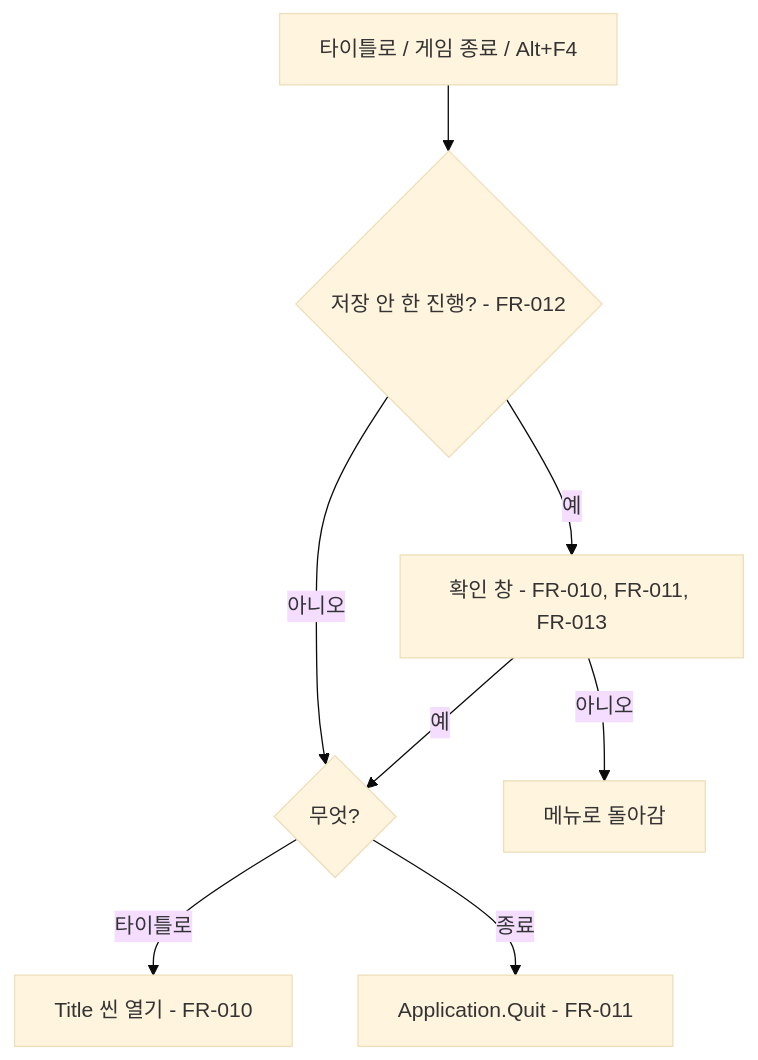
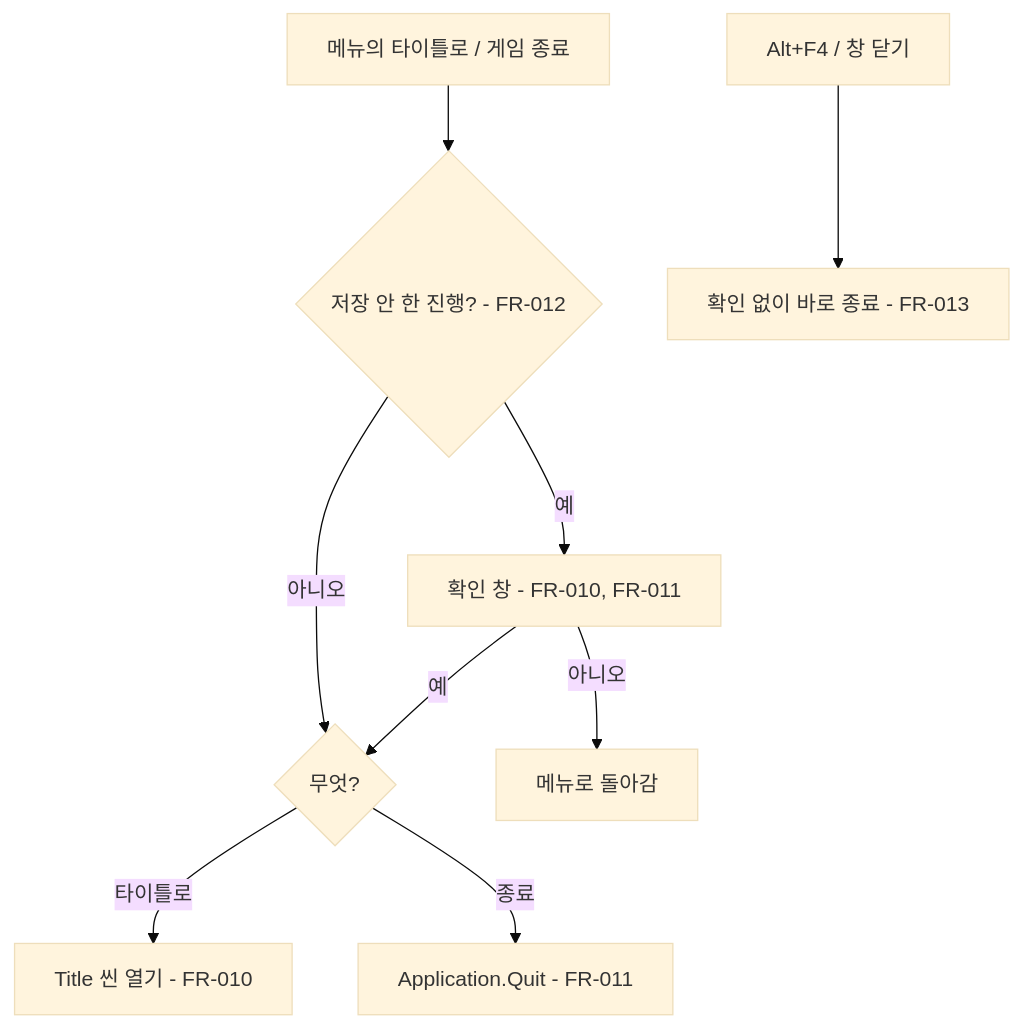
The second of 3 diagrams in docs/specs/003-game-menu-save.md (npced16/POC_06), drawn with Mermaid (base theme) before and after one commit. The commit also changed other lines of this file and 6 other files, not shown here.

````diff
--- a/docs/specs/003-game-menu-save.md
+++ b/docs/specs/003-game-menu-save.md
@@ -124,10 +125,11 @@
 ```mermaid
 flowchart TD
-    A[타이틀로 / 게임 종료 / Alt+F4] --> B{저장 안 한 진행? - FR-012}
+    A[메뉴의 타이틀로 / 게임 종료] --> B{저장 안 한 진행? - FR-012}
     B -- 아니오 --> E{무엇?}
-    B -- 예 --> C[확인 창 - FR-010, FR-011, FR-013]
+    B -- 예 --> C[확인 창 - FR-010, FR-011]
+    Q[Alt+F4 / 창 닫기] --> R[확인 없이 바로 종료 - FR-013]
     C -- 아니오 --> D[메뉴로 돌아감]
     C -- 예 --> E
     E -- 타이틀로 --> G[Title 씬 열기 - FR-010]
     E -- 종료 --> H[Application.Quit - FR-011]
 ```
````
